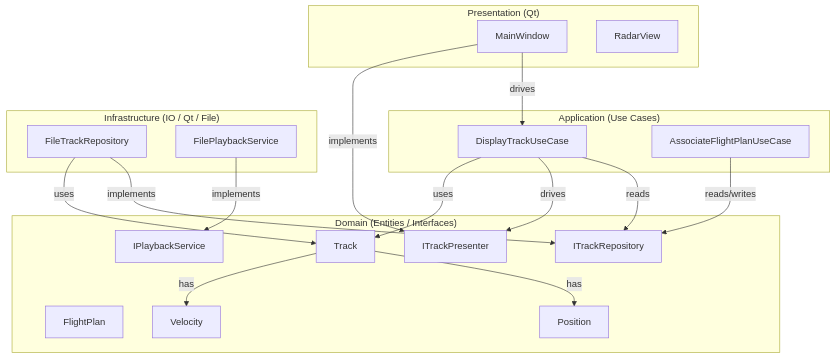
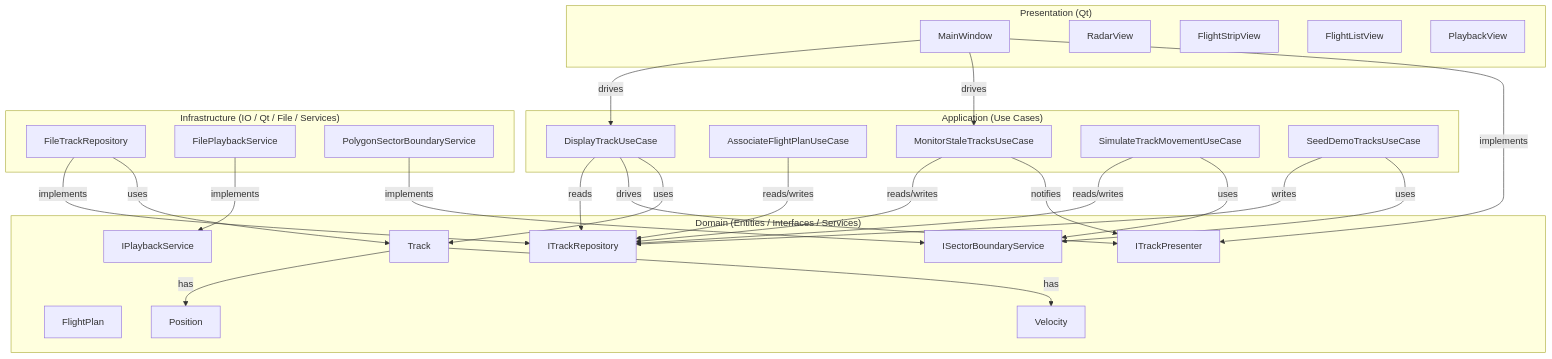
The first of 7 diagrams in docs/architecture.md (kishoredharmas/CWP_QT), drawn with Mermaid before and after one commit. The commit also changed other lines of this file and 21 other files, not shown here.

````diff
--- a/docs/architecture.md
+++ b/docs/architecture.md
@@ -11,39 +11,55 @@
 ```mermaid
 graph TD
     subgraph UI ["Presentation (Qt)"]
         MW[MainWindow]
         RV[RadarView]
+        FSV[FlightStripView]
+        FLV[FlightListView]
+        PV[PlaybackView]
     end
 
     subgraph APP ["Application (Use Cases)"]
         DT[DisplayTrackUseCase]
         AF[AssociateFlightPlanUseCase]
+        MS[MonitorStaleTracksUseCase]
+        SM[SimulateTrackMovementUseCase]
+        SD[SeedDemoTracksUseCase]
     end
 
-    subgraph DOM ["Domain (Entities / Interfaces)"]
+    subgraph DOM ["Domain (Entities / Interfaces / Services)"]
         TR[Track]
         FP[FlightPlan]
         POS[Position]
         VEL[Velocity]
         IREPO[ITrackRepository]
         IPRES[ITrackPresenter]
         IPLB[IPlaybackService]
+        ISECT[ISectorBoundaryService]
     end
 
-    subgraph INFRA ["Infrastructure (IO / Qt / File)"]
+    subgraph INFRA ["Infrastructure (IO / Qt / File / Services)"]
         FREPO[FileTrackRepository]
         FPLB[FilePlaybackService]
+        PSECT[PolygonSectorBoundaryService]
     end
 
     MW -->|drives| DT
+    MW -->|drives| MS
     MW -->|implements| IPRES
     DT -->|reads| IREPO
     DT -->|drives| IPRES
     AF -->|reads/writes| IREPO
+    MS -->|reads/writes| IREPO
+    MS -->|notifies| IPRES
+    SM -->|reads/writes| IREPO
+    SM -->|uses| ISECT
+    SD -->|writes| IREPO
+    SD -->|uses| ISECT
     FREPO -->|implements| IREPO
     FPLB -->|implements| IPLB
+    PSECT -->|implements| ISECT
     FREPO -->|uses| TR
     DT -->|uses| TR
     TR -->|has| POS
     TR -->|has| VEL
 ```
````
